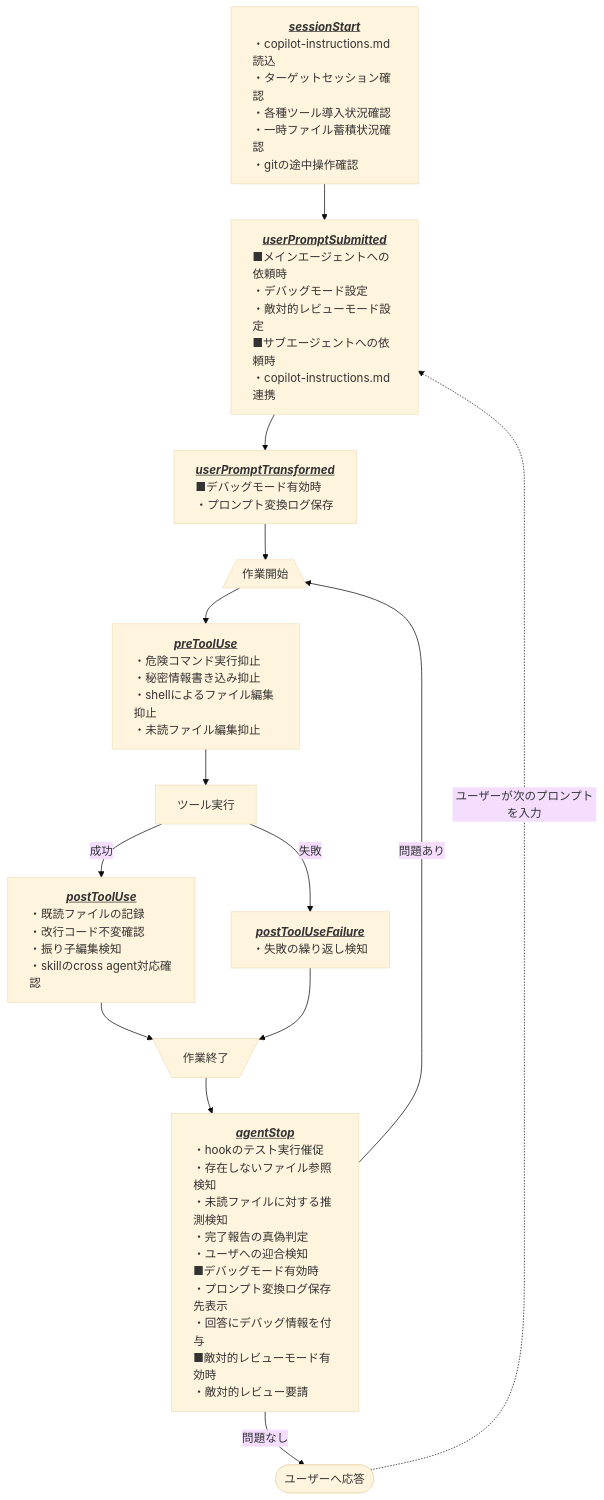
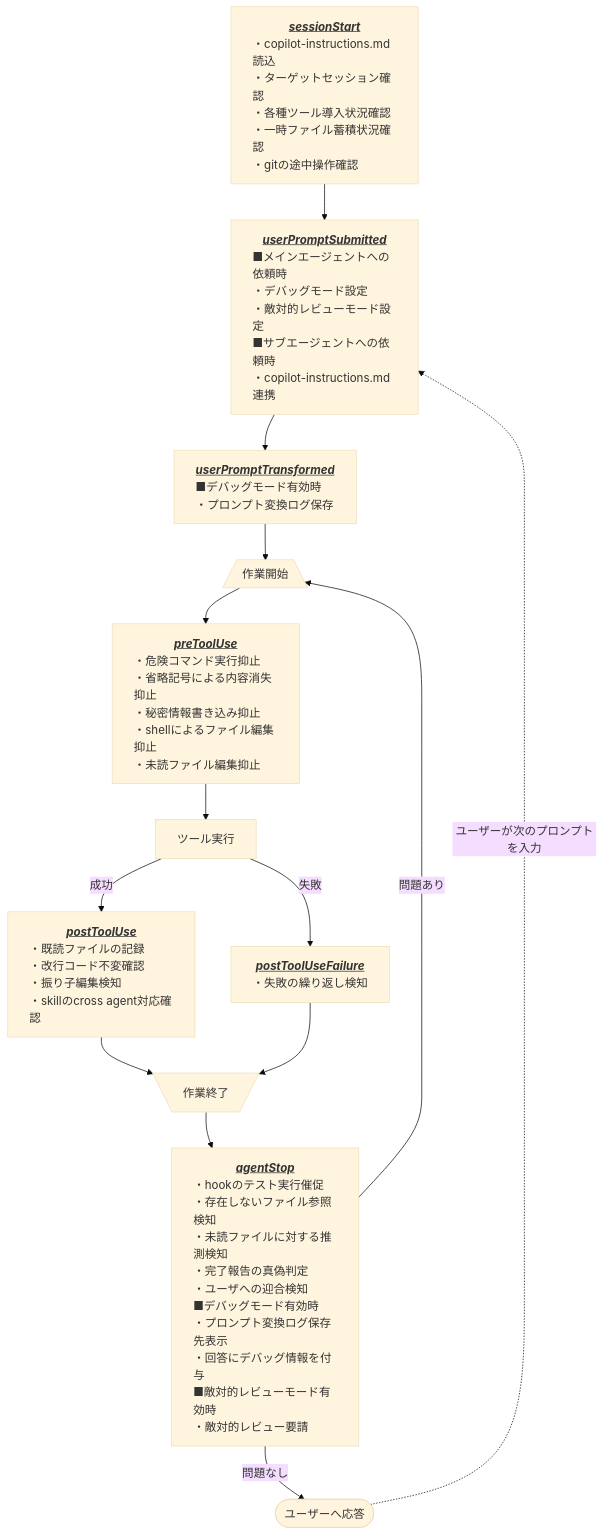
One commit to Widthdom/GHCAgentRefinement changed the diagram in .github/README.md. Above: the diagram before and after it, drawn with Mermaid (base theme). The commit also changed other lines of this file and 5 other files, not shown here.

````diff
--- a/.github/README.md
+++ b/.github/README.md
@@ -20,33 +20,33 @@
 ```mermaid
 flowchart TD
 
     sessionStart["<b><i><u>sessionStart</u></i></b><br/><div style='text-align: left'>・copilot-instructions.md読込<br/>・ターゲットセッション確認<br/>・各種ツール導入状況確認<br/>・一時ファイル蓄積状況確認<br/>・gitの途中操作確認</div>"]
 
     userPromptSubmitted["<b><i><u>userPromptSubmitted</u></i></b><br/><div style='text-align: left'>■メインエージェントへの依頼時<br/>・デバッグモード設定<br/>・敵対的レビューモード設定<br/>■サブエージェントへの依頼時<br/>・copilot-instructions.md連携</div>"]
 
     userPromptTransformed["<b><i><u>userPromptTransformed</u></i></b><br/><div style='text-align: left'>■デバッグモード有効時<br/>・プロンプト変換ログ保存</div>"]
 
     LoopStart[/作業開始\]
 
-    preToolUse["<b><i><u>preToolUse</u></i></b><br/><div style='text-align: left'>・危険コマンド実行抑止<br/>・秘密情報書き込み抑止<br/>・shellによるファイル編集抑止<br/>・未読ファイル編集抑止</div>"]
+    preToolUse["<b><i><u>preToolUse</u></i></b><br/><div style='text-align: left'>・危険コマンド実行抑止<br/>・省略記号による内容消失抑止<br/>・秘密情報書き込み抑止<br/>・shellによるファイル編集抑止<br/>・未読ファイル編集抑止</div>"]
 
     runTool["ツール実行"]
 
     postToolUse["<b><i><u>postToolUse</u></i></b><br/><div style='text-align: left'>・既読ファイルの記録<br/>・改行コード不変確認<br/>・振り子編集検知<br/>・skillのcross agent対応確認</div>"]
 
     postToolUseFailure["<b><i><u>postToolUseFailure</u></i></b><br/><div style='text-align: left'>・失敗の繰り返し検知</div>"]
 
     LoopEnd[\作業終了/]
 
     agentStop["<b><i><u>agentStop</u></i></b><br/><div style='text-align: left'>・hookのテスト実行催促<br/>・存在しないファイル参照検知<br/>・未読ファイルに対する推測検知<br/>・完了報告の真偽判定<br/>・ユーザへの迎合検知<br/>■デバッグモード有効時<br/>・プロンプト変換ログ保存先表示<br/>・回答にデバッグ情報を付与<br/>■敵対的レビューモード有効時<br/>・敵対的レビュー要請<br/></div>"]
 
     responseToUser(["ユーザーへ応答"])
 
     sessionStart --> userPromptSubmitted --> userPromptTransformed --> LoopStart --> preToolUse --> runTool
     runTool -- "成功" --> postToolUse --> LoopEnd
     runTool -- "失敗" --> postToolUseFailure --> LoopEnd
     LoopEnd --> agentStop
     agentStop -- "問題あり" --> LoopStart
     agentStop -- "問題なし" --> responseToUser
     responseToUser -. "ユーザーが次のプロンプトを入力" .-> userPromptSubmitted
 ```
````
